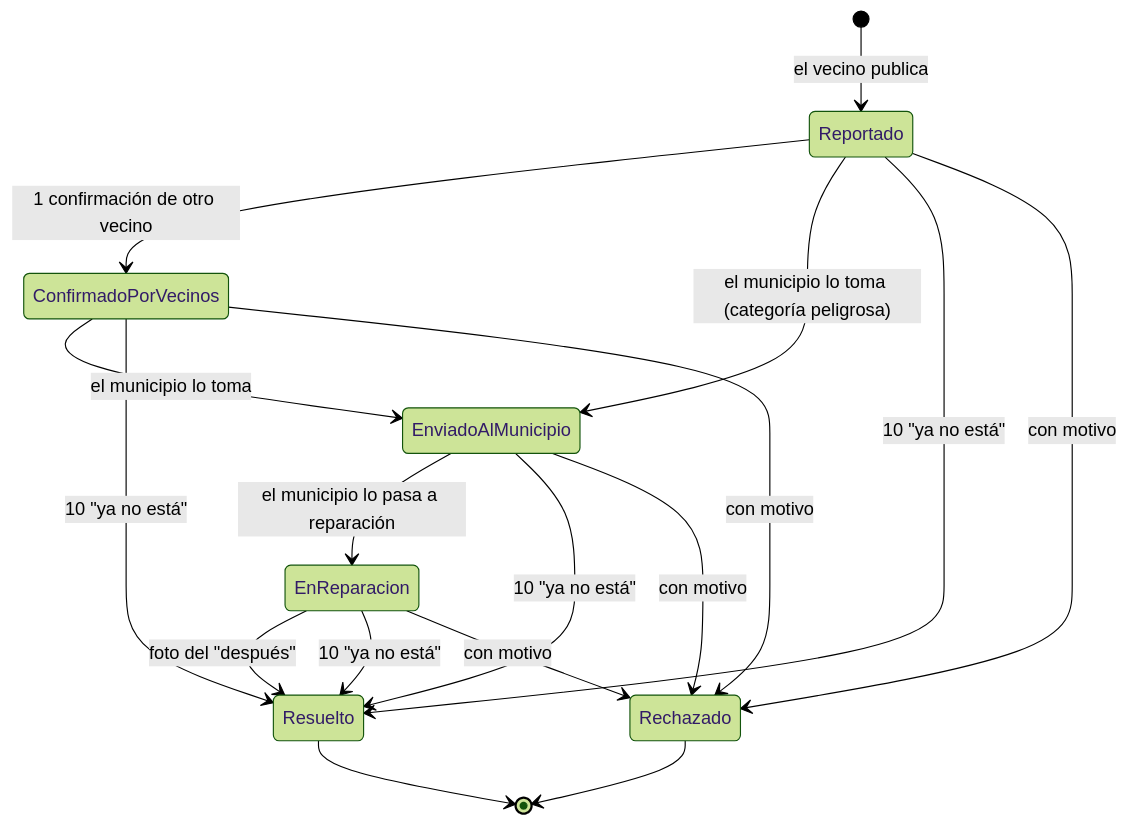
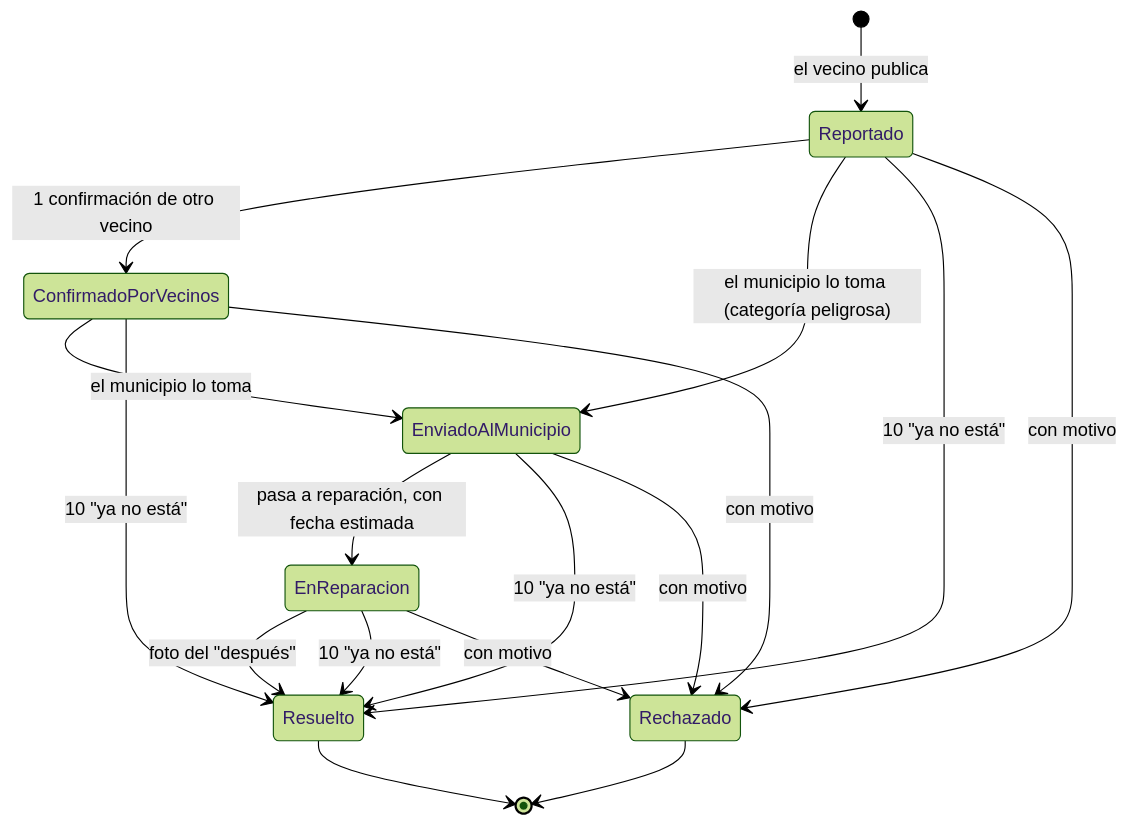
One commit to nicocoloritto/pozo changed the diagram in README.md. Above: the diagram before and after it, drawn with Mermaid (forest theme). The commit also changed other lines of this file and 23 other files, not shown here.

````diff
--- a/README.md
+++ b/README.md
@@ -85,19 +86,19 @@
 ```mermaid
 stateDiagram-v2
     [*] --> Reportado: el vecino publica
     Reportado --> ConfirmadoPorVecinos: 1 confirmación de otro vecino
     Reportado --> EnviadoAlMunicipio: el municipio lo toma (categoría peligrosa)
     ConfirmadoPorVecinos --> EnviadoAlMunicipio: el municipio lo toma
-    EnviadoAlMunicipio --> EnReparacion: el municipio lo pasa a reparación
+    EnviadoAlMunicipio --> EnReparacion: pasa a reparación, con fecha estimada
     EnReparacion --> Resuelto: foto del "después"
     Reportado --> Resuelto: 10 "ya no está"
     ConfirmadoPorVecinos --> Resuelto: 10 "ya no está"
     EnviadoAlMunicipio --> Resuelto: 10 "ya no está"
     EnReparacion --> Resuelto: 10 "ya no está"
     Reportado --> Rechazado: con motivo
     ConfirmadoPorVecinos --> Rechazado: con motivo
     EnviadoAlMunicipio --> Rechazado: con motivo
     EnReparacion --> Rechazado: con motivo
     Resuelto --> [*]
     Rechazado --> [*]
 ```
````
